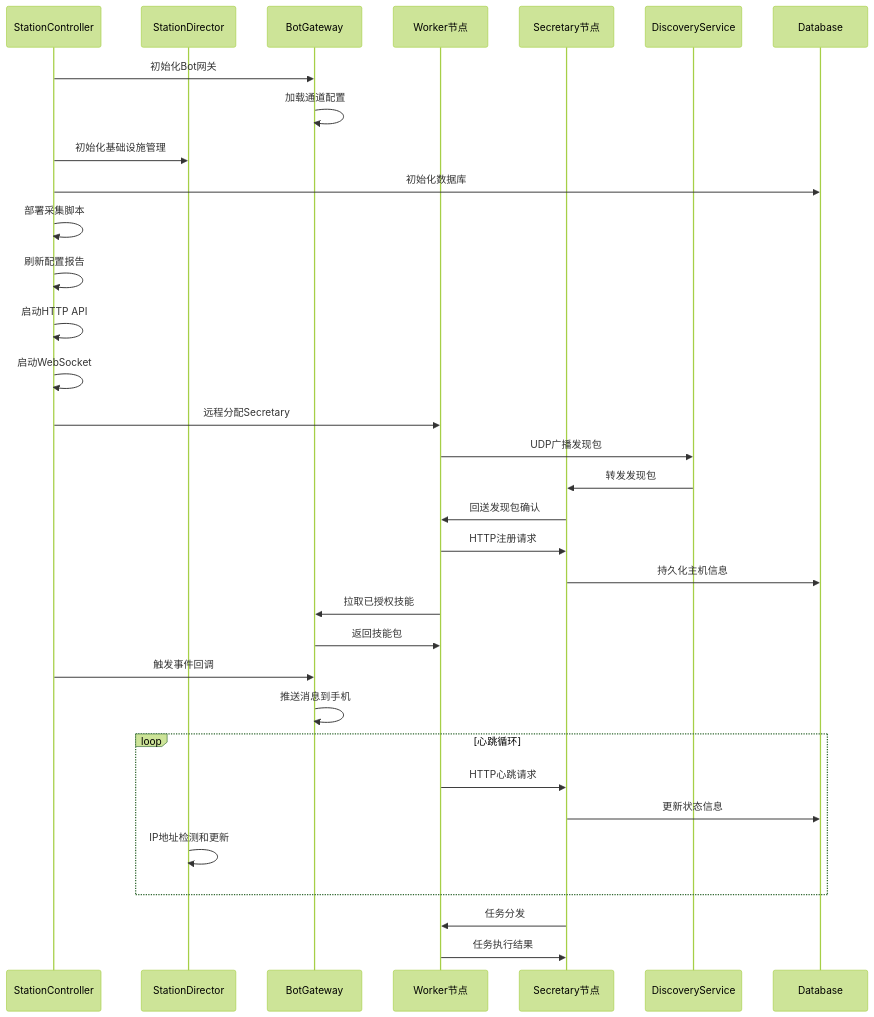
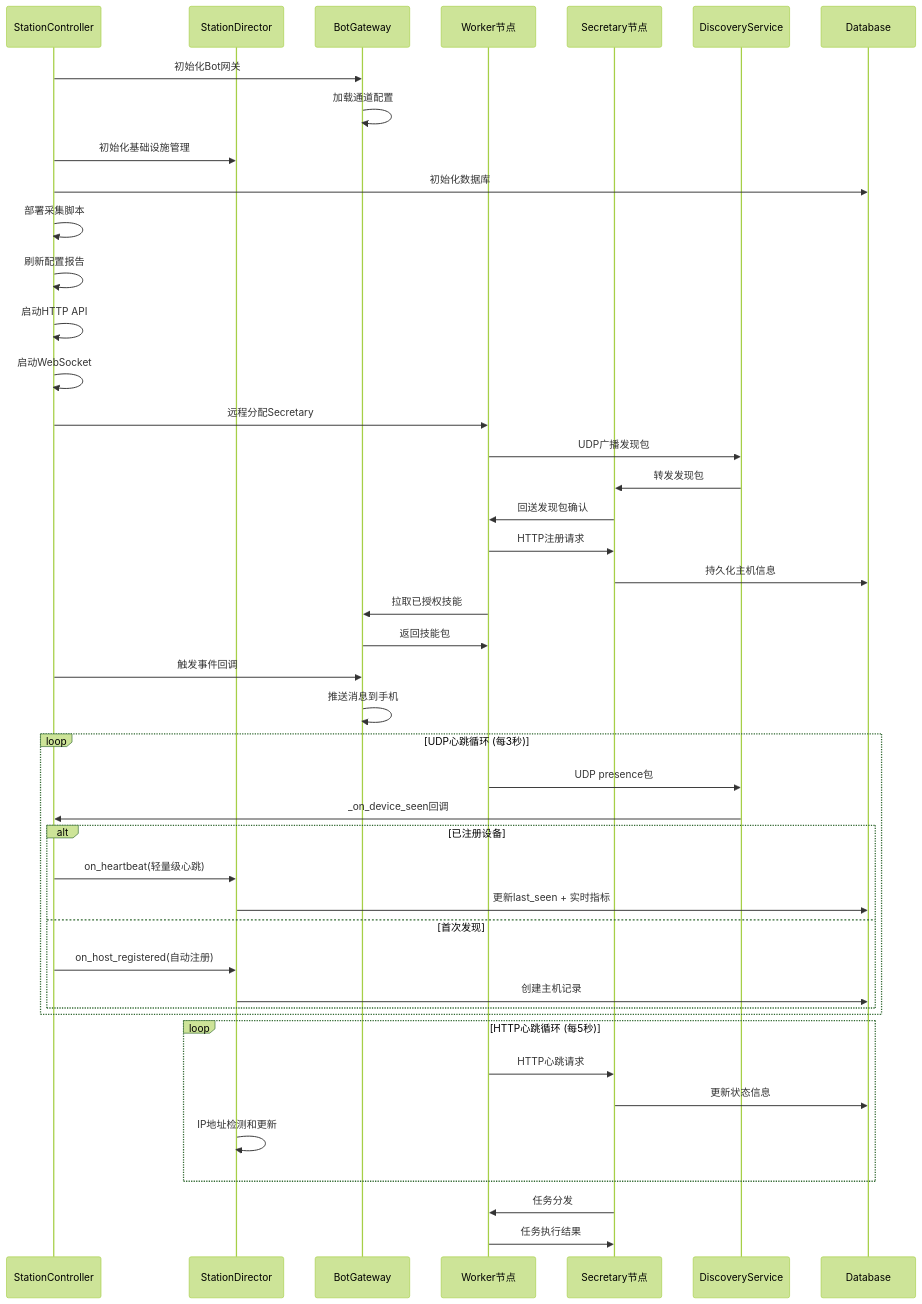
Before and after one commit to targalian/Personal-distributed-workstation: the fourth of 20 diagrams in .qoder/repowiki/zh/content/核心模块/工作站管理模块.md, drawn with Mermaid (forest theme). The commit also changed other lines of this file and 69 other files, not shown here.

````diff
--- a/.qoder/repowiki/zh/content/核心模块/工作站管理模块.md
+++ b/.qoder/repowiki/zh/content/核心模块/工作站管理模块.md
@@ -379,35 +385,46 @@
 ```mermaid
 sequenceDiagram
 participant SC as StationController
 participant SD as StationDirector
 participant BG as BotGateway
 participant W as Worker节点
 participant S as Secretary节点
 participant D as DiscoveryService
 participant DB as Database
 SC->>BG : 初始化Bot网关
 BG->>BG : 加载通道配置
 SC->>SD : 初始化基础设施管理
 SC->>DB : 初始化数据库
 SC->>SC : 部署采集脚本
 SC->>SC : 刷新配置报告
 SC->>SC : 启动HTTP API
 SC->>SC : 启动WebSocket
 SC->>W : 远程分配Secretary
 W->>D : UDP广播发现包
 D->>S : 转发发现包
 S->>W : 回送发现包确认
 W->>S : HTTP注册请求
 S->>DB : 持久化主机信息
 W->>BG : 拉取已授权技能
 BG->>W : 返回技能包
 SC->>BG : 触发事件回调
 BG->>BG : 推送消息到手机
-loop 心跳循环
+loop UDP心跳循环 (每3秒)
+W->>D : UDP presence包
+D->>SC : _on_device_seen回调
+alt 已注册设备
+SC->>SD : on_heartbeat(轻量级心跳)
+SD->>DB : 更新last_seen + 实时指标
+else 首次发现
+SC->>SD : on_host_registered(自动注册)
+SD->>DB : 创建主机记录
+end
+end
+loop HTTP心跳循环 (每5秒)
 W->>S : HTTP心跳请求
 S->>DB : 更新状态信息
 SD->>SD : IP地址检测和更新
 end
 S->>W : 任务分发
 W->>S : 任务执行结果
 ```
````
